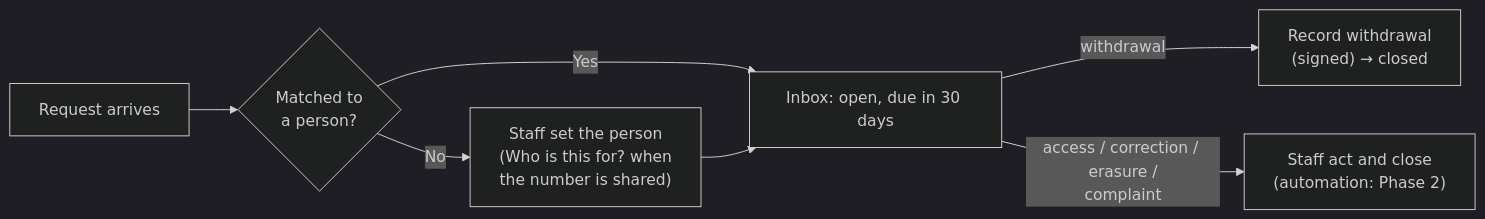
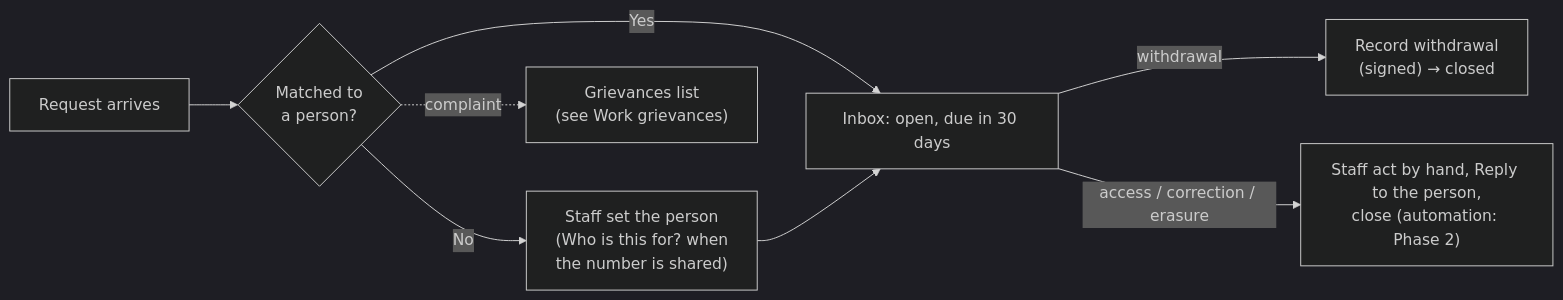
The eighth of 12 diagrams in docs/guide/product-guide.md (sunandan89/anumati), drawn with Mermaid (dark theme) before and after one commit. The commit also changed other lines of this file and 37 other files, not shown here.

````diff
--- a/docs/guide/product-guide.md
+++ b/docs/guide/product-guide.md
@@ -355,9 +371,10 @@
 ```mermaid
 flowchart LR
   A["Request arrives"] --> B{"Matched to<br/>a person?"}
   B -- "Yes" --> C["Inbox: open, due in 30 days"]
   B -- "No" --> U["Staff set the person<br/>(Who is this for? when<br/>the number is shared)"]
   U --> C
   C -- "withdrawal" --> W["Record withdrawal<br/>(signed) → closed"]
-  C -- "access / correction / erasure /<br/>complaint" --> M["Staff act and close<br/>(automation: Phase 2)"]
+  C -- "access / correction / erasure" --> M["Staff act by hand, Reply to the person,<br/>close (automation: Phase 2)"]
+  B -. "complaint" .-> G["Grievances list<br/>(see Work grievances)"]
 ```
````
